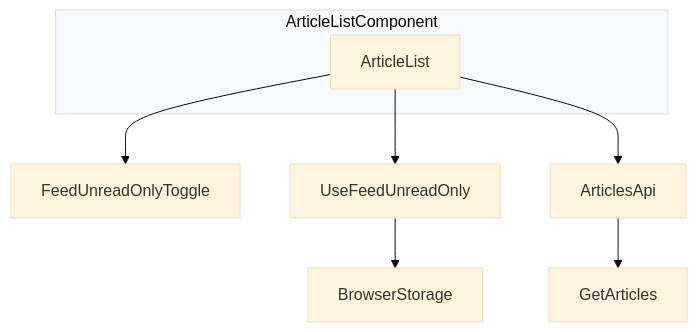
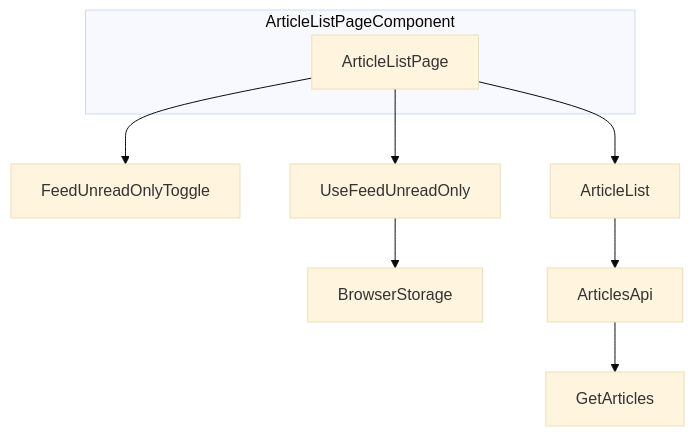
The first of 3 diagrams in .kiro/specs/feed-unread-only-toggle/design.md (okotaro/oksskolten), drawn with Mermaid (base theme) before and after one commit. The commit also changed other lines of this file and 7 other files, not shown here.

First line of the commit message:
docs(feed-unread-only-toggle,folder-unread-only-toggle): add Requirement 7/8 spec docs for Issue #14

````diff
--- a/.kiro/specs/feed-unread-only-toggle/design.md
+++ b/.kiro/specs/feed-unread-only-toggle/design.md
@@ -71,11 +79,12 @@
 ```mermaid
 graph TB
-    subgraph ArticleListComponent
-        ArticleList
+    subgraph ArticleListPageComponent
+        ArticleListPage
     end
-    ArticleList --> FeedUnreadOnlyToggle
-    ArticleList --> UseFeedUnreadOnly
+    ArticleListPage --> FeedUnreadOnlyToggle
+    ArticleListPage --> UseFeedUnreadOnly
     UseFeedUnreadOnly --> BrowserStorage
+    ArticleListPage --> ArticleList
     ArticleList --> ArticlesApi
     ArticlesApi --> GetArticles
 ```
````
